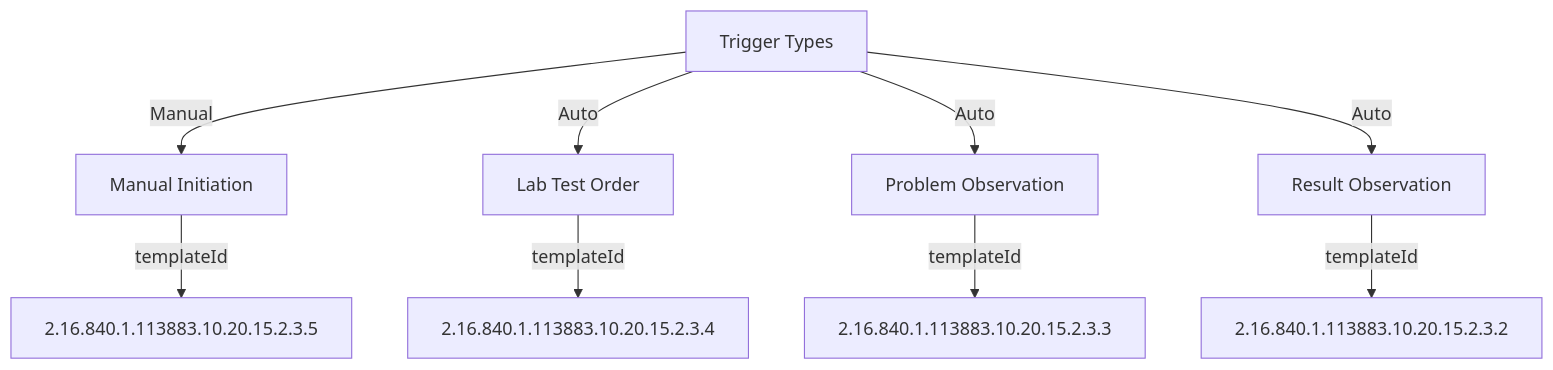
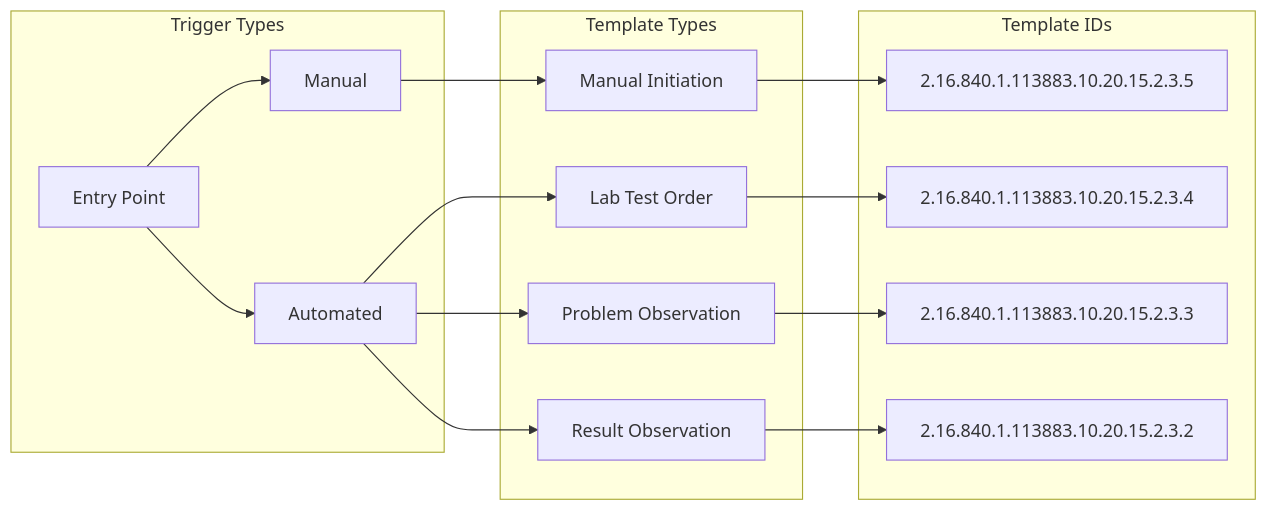
The second of 5 diagrams in refiner/eCR-CDA-Notes.md (CDCgov/dibbs-ecr-refiner), drawn with Mermaid before and after one commit.

Commit message:
add better version of trigger code template diagram

````diff
--- a/refiner/eCR-CDA-Notes.md
+++ b/refiner/eCR-CDA-Notes.md
@@ -83,12 +83,31 @@
 ```mermaid
-graph TD
-    A[Trigger Types] -->|Manual| B[Manual Initiation]
-    A -->|Auto| C[Lab Test Order]
-    A -->|Auto| D[Problem Observation]
-    A -->|Auto| E[Result Observation]
+graph LR
+    subgraph Triggers[Trigger Types]
+        A[Entry Point]
+        B[Manual]
+        C[Automated]
+    end
     
-    B -->|templateId| F[2.16.840.1.113883.10.20.15.2.3.5]
-    C -->|templateId| G[2.16.840.1.113883.10.20.15.2.3.4]
-    D -->|templateId| H[2.16.840.1.113883.10.20.15.2.3.3]
-    E -->|templateId| I[2.16.840.1.113883.10.20.15.2.3.2]
+    subgraph Templates[Template Types]
+        M[Manual Initiation]
+        L[Lab Test Order]
+        P[Problem Observation]
+        R[Result Observation]
+    end
+    
+    subgraph IDs[Template IDs]
+        TM[2.16.840.1.113883.10.20.15.2.3.5]
+        TL[2.16.840.1.113883.10.20.15.2.3.4]
+        TP[2.16.840.1.113883.10.20.15.2.3.3]
+        TR[2.16.840.1.113883.10.20.15.2.3.2]
+    end
+
+    A --> B
+    A --> C
+    B --> M
+    C --> L & P & R
+    M --> TM
+    L --> TL
+    P --> TP
+    R --> TR
 ```
````
